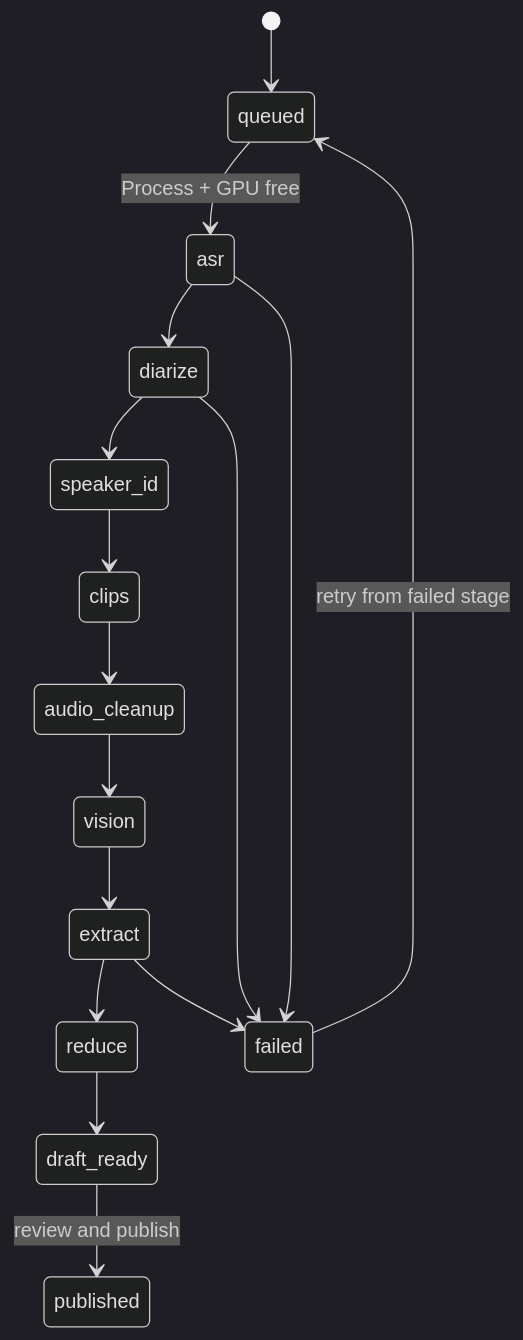
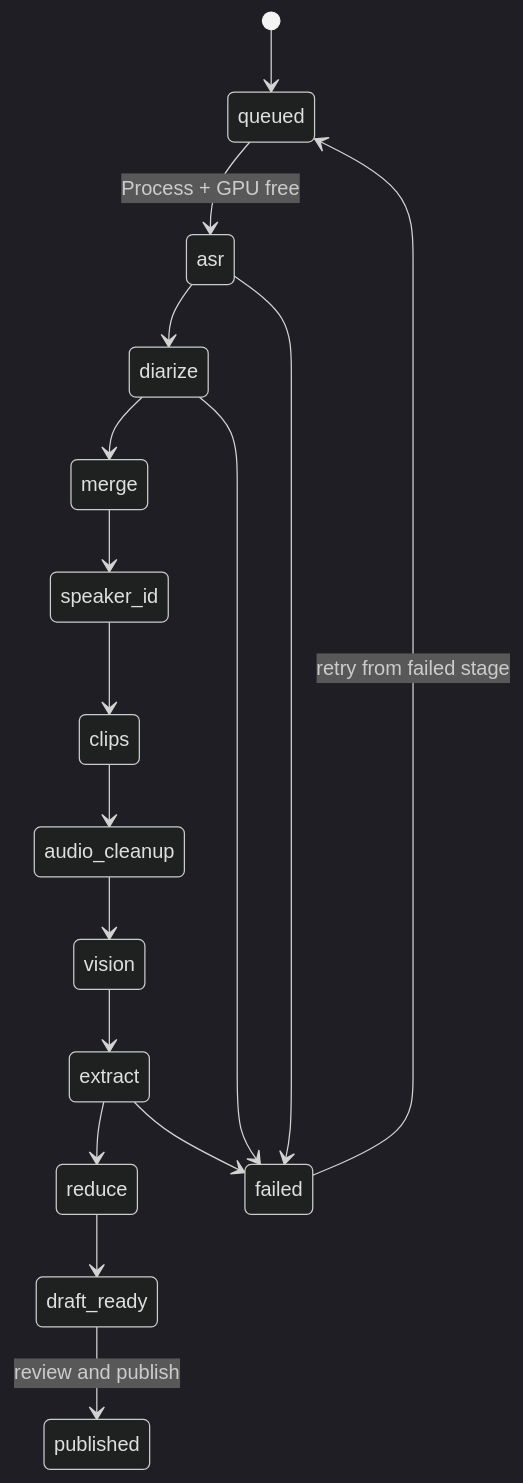
The third of 3 diagrams in docs/ARCHITECTURE.md (Radek-Wojcik/blah-blah-bot), drawn with Mermaid (dark theme) before and after one commit. The commit also changed other lines of this file and 9 other files, not shown here.

First line of the commit message:
docs: add ADR 0015 on the processing pipeline and update architecture, testing and notices

````diff
--- a/docs/ARCHITECTURE.md
+++ b/docs/ARCHITECTURE.md
@@ -330,18 +330,19 @@
 ```mermaid
 stateDiagram-v2
     [*] --> queued
     queued --> asr: Process + GPU free
     asr --> diarize
-    diarize --> speaker_id
+    diarize --> merge
+    merge --> speaker_id
     speaker_id --> clips
     clips --> audio_cleanup
     audio_cleanup --> vision
     vision --> extract
     extract --> reduce
     reduce --> draft_ready
     draft_ready --> published: review and publish
     asr --> failed
     diarize --> failed
     extract --> failed
     failed --> queued: retry from failed stage
 ```
````
